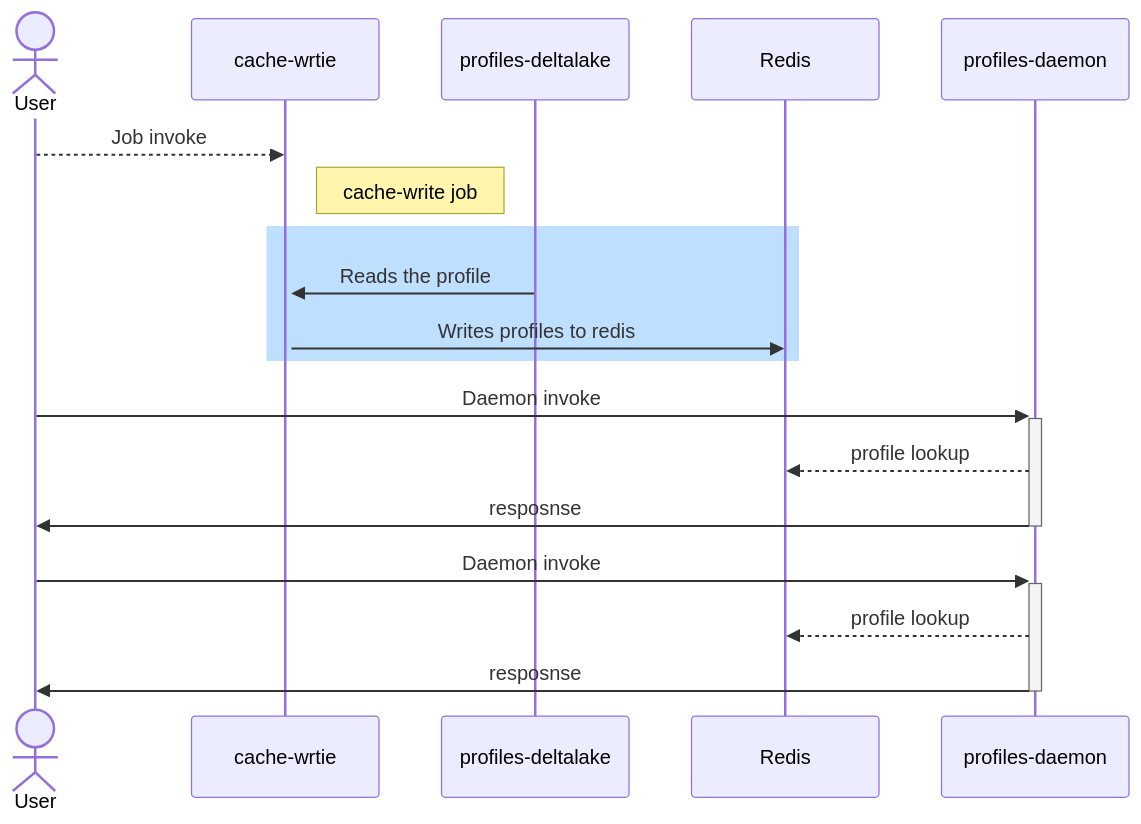
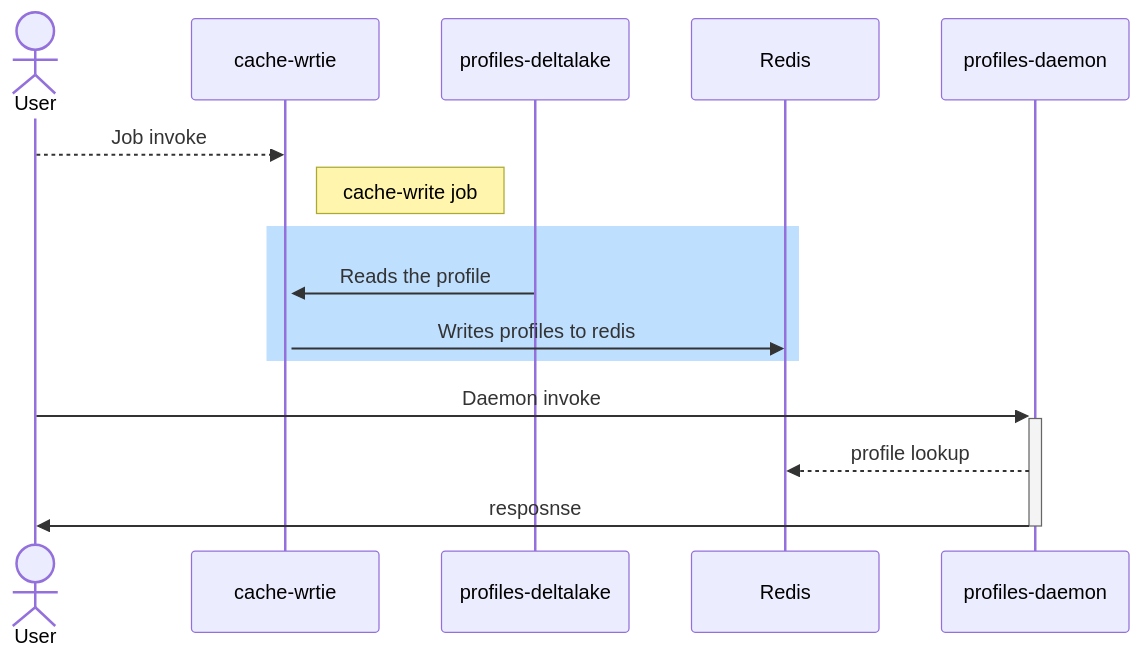
One commit to CognitiveScale/cortex-profiles-sdk-examples changed the diagram in profiles-daemon/README.md. Above: the diagram before and after it, drawn with Mermaid. The commit also changed 4 other files, not shown here.

````diff
--- a/profiles-daemon/README.md
+++ b/profiles-daemon/README.md
@@ -8,16 +8,13 @@
 ```mermaid
 sequenceDiagram
     actor User
     User-->>cache-wrtie: Job invoke
     note right of cache-wrtie: cache-write job
     rect rgb(191, 223, 255)
     profiles-deltalake->>+cache-wrtie: Reads the profile
     cache-wrtie->>Redis: Writes profiles to redis
     end
     User->>+profiles-daemon: Daemon invoke
     profiles-daemon-->>Redis: profile lookup
     profiles-daemon->>-User: resposnse
-    User->>+profiles-daemon: Daemon invoke
-    profiles-daemon-->>Redis: profile lookup
-    profiles-daemon->>-User: resposnse
 ```
````
